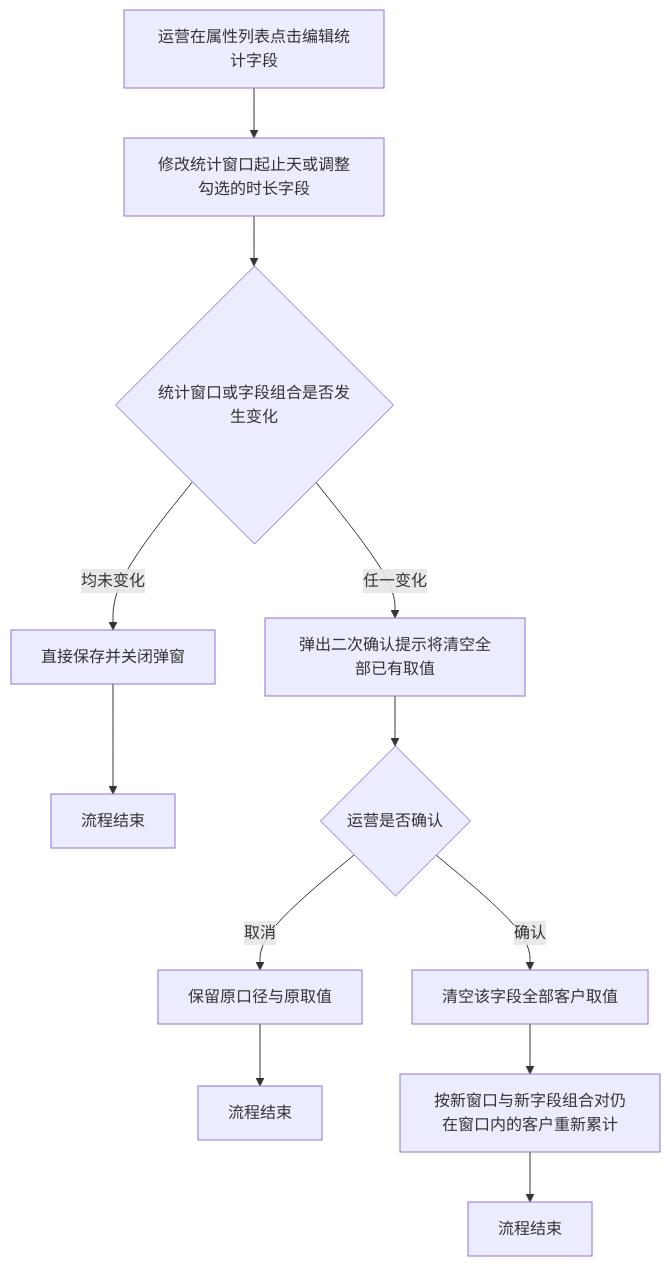
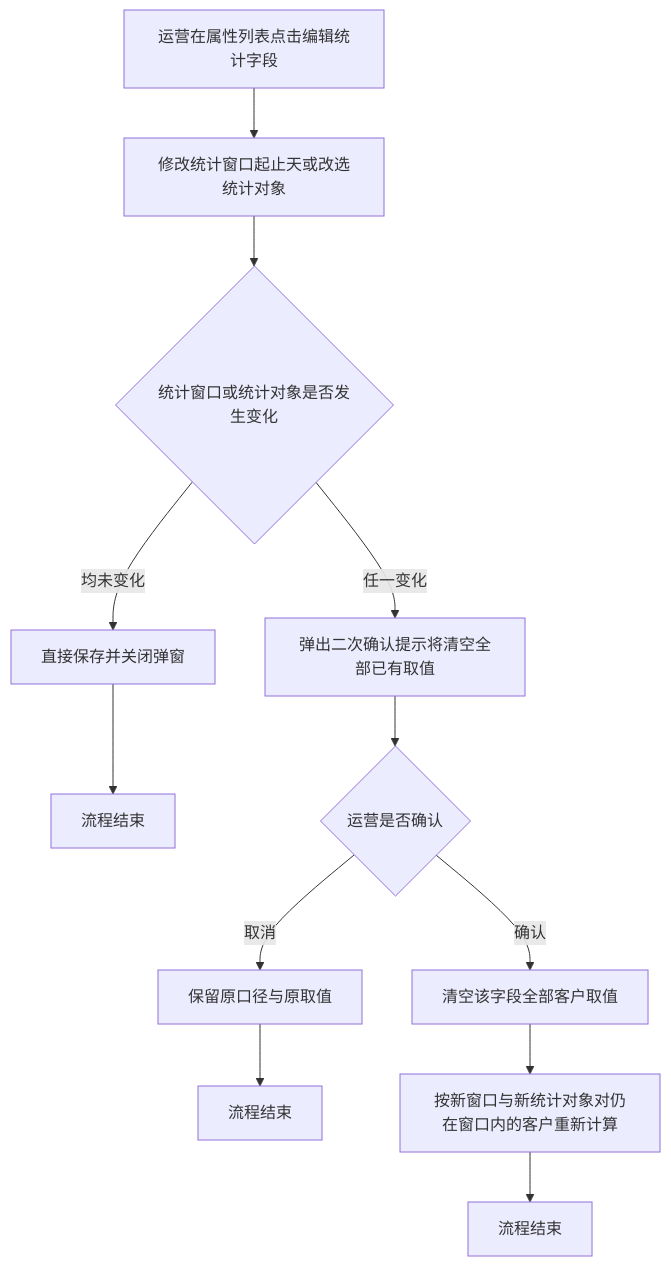
One commit to Leo-ai05/prototypes changed the second of 2 diagrams in 自定义统计周期学习时长字段/PRD-自定义统计周期学习时长字段.md. Above: the diagram before and after it, drawn with Mermaid. The commit also changed other lines of this file and 27 other files, not shown here.

````diff
--- a/自定义统计周期学习时长字段/PRD-自定义统计周期学习时长字段.md
+++ b/自定义统计周期学习时长字段/PRD-自定义统计周期学习时长字段.md
@@ -63,14 +69,14 @@
 ```mermaid
 flowchart TD
-    N[运营在属性列表点击编辑统计字段] --> O[修改统计窗口起止天或调整勾选的时长字段]
-    O --> P{统计窗口或字段组合是否发生变化}
-    P -->|均未变化| Q[直接保存并关闭弹窗]
-    Q --> R1[流程结束]
-    P -->|任一变化| S[弹出二次确认提示将清空全部已有取值]
-    S --> T{运营是否确认}
-    T -->|取消| U[保留原口径与原取值]
-    U --> R2[流程结束]
-    T -->|确认| V[清空该字段全部客户取值]
-    V --> W[按新窗口与新字段组合对仍在窗口内的客户重新累计]
-    W --> R3[流程结束]
+    O[运营在属性列表点击编辑统计字段] --> P[修改统计窗口起止天或改选统计对象]
+    P --> Q{统计窗口或统计对象是否发生变化}
+    Q -->|均未变化| R[直接保存并关闭弹窗]
+    R --> S1[流程结束]
+    Q -->|任一变化| T[弹出二次确认提示将清空全部已有取值]
+    T --> U{运营是否确认}
+    U -->|取消| V[保留原口径与原取值]
+    V --> S2[流程结束]
+    U -->|确认| W[清空该字段全部客户取值]
+    W --> X[按新窗口与新统计对象对仍在窗口内的客户重新计算]
+    X --> S3[流程结束]
 ```
````
